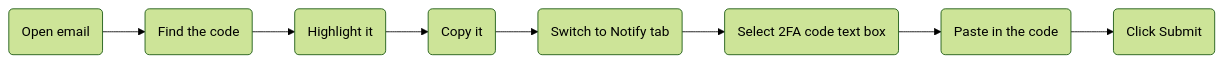
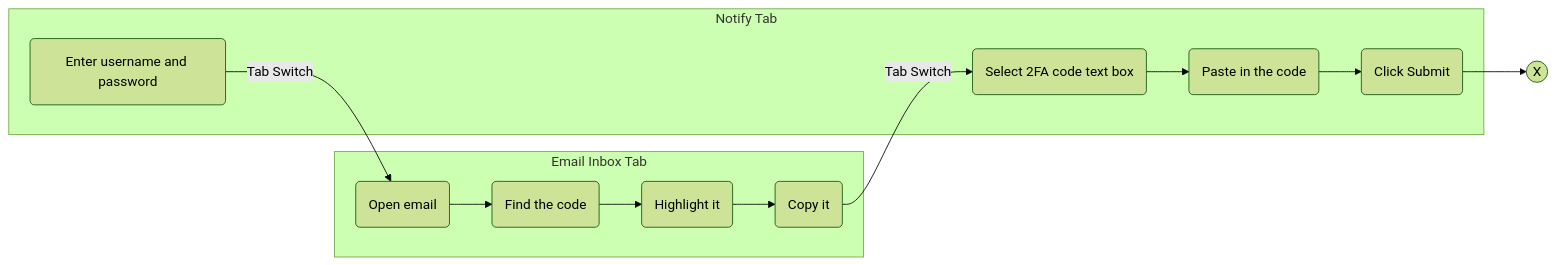
The first of 2 diagrams in records/2024-04-11.2FA-magic-link.md (cds-snc/notification-adr), drawn with Mermaid (forest theme) before and after one commit. The commit also changed other lines of this file, not shown here.

Commit message:
Improve clarity of diagrams

````diff
--- a/records/2024-04-11.2FA-magic-link.md
+++ b/records/2024-04-11.2FA-magic-link.md
@@ -27,4 +27,14 @@
 ```mermaid
 flowchart LR
-	id1(Open email)-->id2(Find the code)-->id3(Highlight it)-->id4(Copy it)-->id5(Switch to Notify tab)-->id6(Select 2FA code text box)-->id7(Paste in the code)-->id8(Click Submit)
+    subgraph Email Inbox Tab
+        id1(Open email) --> id2(Find the code)--> id3(Highlight it)--> id4(Copy it)
+    end
+	subgraph Notify Tab
+        id0(Enter username and password)
+        id6(Select 2FA code text box)-->id7(Paste in the code)-->id8(Click Submit)
+    end
+    id0 --Tab Switch--> id1
+    id4 --Tab Switch--> id6
+    id8-->id9((X))
+
 ```
````
